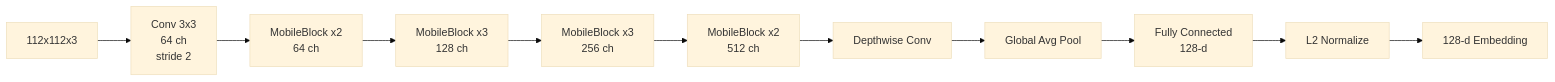
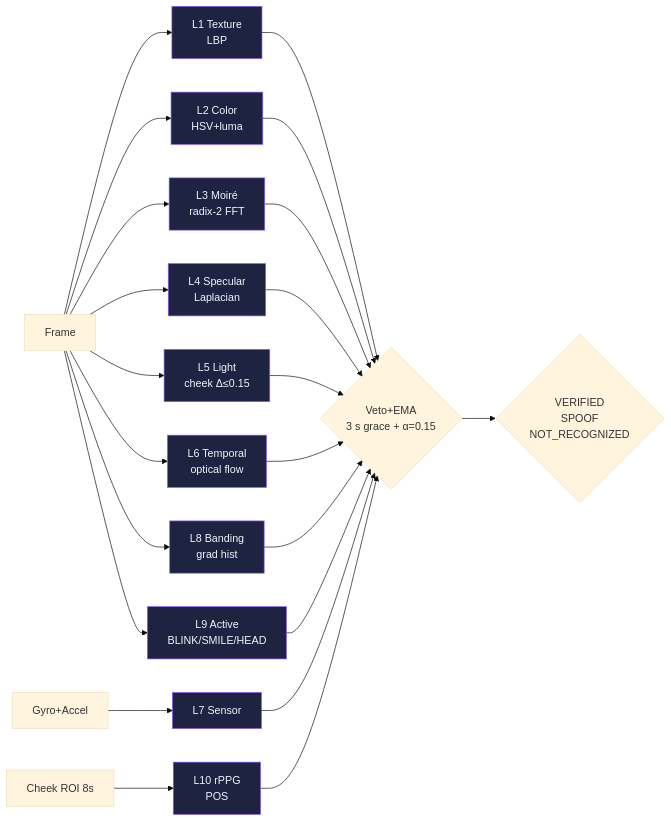
One commit to krsnaSuraj/NetraEdge changed the first of 2 diagrams in README.md. Above: the diagram before and after it, drawn with Mermaid (base theme). The commit also changed other lines of this file and 150 other files, not shown here.

````diff
--- a/README.md
+++ b/README.md
@@ -105,13 +53,25 @@
 ```mermaid
-graph LR
-    INPUT[112x112x3] --> STEM[Conv 3x3<br/>64 ch<br/>stride 2]
-    STEM --> MB1[MobileBlock x2<br/>64 ch]
-    MB1 --> MB2[MobileBlock x3<br/>128 ch]
-    MB2 --> MB3[MobileBlock x3<br/>256 ch]
-    MB3 --> MB4[MobileBlock x2<br/>512 ch]
-    MB4 --> DW[Depthwise Conv]
-    DW --> GAP[Global Avg Pool]
-    GAP --> FC[Fully Connected<br/>128-d]
-    FC --> L2[L2 Normalize]
-    L2 --> OUT[128-d Embedding]
+flowchart LR
+    F[Frame] --> L1[L1 Texture<br/>LBP]:::alg
+    F --> L2[L2 Color<br/>HSV+luma]:::alg
+    F --> L3[L3 Moiré<br/>radix-2 FFT]:::alg
+    F --> L4[L4 Specular<br/>Laplacian]:::alg
+    F --> L5[L5 Light<br/>cheek Δ≤0.15]:::alg
+    F --> L6[L6 Temporal<br/>optical flow]:::alg
+    S[Gyro+Accel] --> L7[L7 Sensor]:::alg
+    F --> L8[L8 Banding<br/>grad hist]:::alg
+    F --> L9[L9 Active<br/>BLINK/SMILE/HEAD]:::alg
+    ROI[Cheek ROI 8s] --> L10[L10 rPPG<br/>POS]:::alg
+    L1 --> FUS
+    L2 --> FUS
+    L3 --> FUS
+    L4 --> FUS
+    L5 --> FUS
+    L6 --> FUS
+    L7 --> FUS
+    L8 --> FUS
+    L9 --> FUS{Veto+EMA<br/>3 s grace + α=0.15}
+    L10 --> FUS
+    FUS --> D{VERIFIED<br/>SPOOF<br/>NOT_RECOGNIZED}
+    classDef alg fill:#1E2342,stroke:#8B5CF6,color:#F1F5F9,stroke-width:1px;
 ```
````
